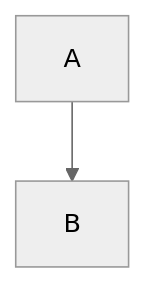
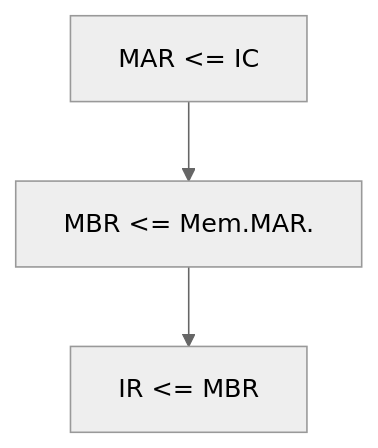
One commit to MoisesAdame/obsidian-notes changed the diagram in Masters/Systems Programming/2. Machine Structure, Machine Language & Assembly Language/2.1 General Machine Structure.md. Above: the diagram before and after it, drawn with Mermaid (neutral theme). The commit also changed other lines of this file, not shown here.

````diff
--- a/Masters/Systems Programming/2. Machine Structure, Machine Language & Assembly Language/2.1 General Machine Structure.md
+++ b/Masters/Systems Programming/2. Machine Structure, Machine Language & Assembly Language/2.1 General Machine Structure.md
@@ -37,4 +37,5 @@
 ```mermaid
 graph TB
-	A --> B
+	A[MAR <= IC] --> B[MBR <= Mem.MAR.]
+	B --> C[IR <= MBR] 
 ```
````
